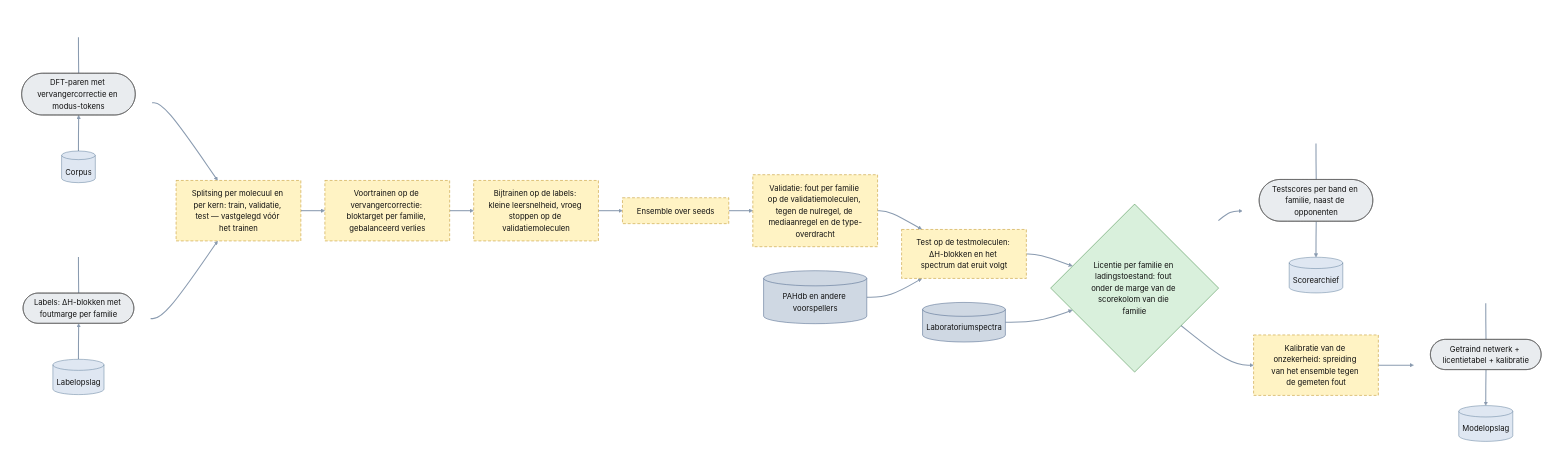
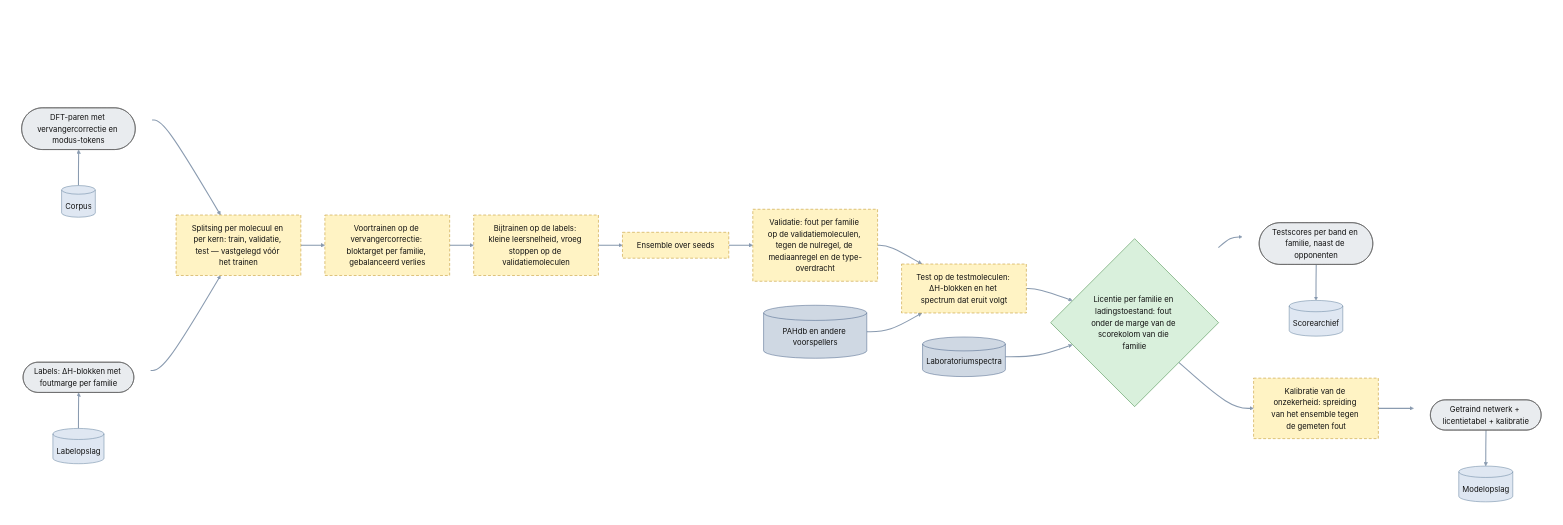
One commit to thebreadishard/udacity-capstone-plan changed the diagram in plans/05_delta-probed-ir-pipeline/GoalGathering/architecture/20_training_validatie_test.mmd. Above: the diagram before and after it, drawn with Mermaid (forest theme). The commit also changed 5 other files, not shown here.

Commit message:
Plan 05 architecture: taller invisible spacers with index-styled invisible links (no ~~~), data objects aligned with the neighbouring step in a local Mermaid 11 render; preview page for self-checking before commits

```diff
--- a/plans/05_delta-probed-ir-pipeline/GoalGathering/architecture/20_training_validatie_test.mmd
+++ b/plans/05_delta-probed-ir-pipeline/GoalGathering/architecture/20_training_validatie_test.mmd
@@ -1,68 +1,74 @@
 %% Training, validatie en test (niveau 3): uit corpus en labels komt een getraind netwerk met een licentietabel. Nog niet begonnen.
 %% Rechthoek = processtap; ronde uiteinden = data-object; cilinder = opslag (onder het data-object); ruit = poort. Gestippeld = nog niet gebouwd.
 flowchart LR
   linkStyle default stroke:#8a9bb0,stroke-width:2.2px
   classDef planned stroke-dasharray: 6 4,stroke:#b8860b,fill:#fff3c4,color:#111
   classDef data fill:#e9ecef,stroke:#555,color:#111
   classDef gate fill:#d9f0dc,stroke:#2e7d32,color:#111
   classDef store fill:#dfe7f2,stroke:#5b7a99,color:#111
   classDef ext fill:#cfd8e3,stroke:#3d5a80,color:#111
 
   subgraph IN1 [" "]
     direction BT
     PROXY(["DFT-paren met vervangercorrectie en modus-tokens"]):::data
     CORPUS[("Corpus")]:::store
     CORPUS --> PROXY
-    SP0[" "]
-    PROXY ~~~ SP0
+    SP0["&nbsp;<br/>&nbsp;<br/>&nbsp;"]
   end
-  style SP0 fill:none,stroke:none,color:transparent
   subgraph IN2 [" "]
     direction BT
     LAB(["Labels: ΔH-blokken met foutmarge per familie"]):::data
     LABELS[("Labelopslag")]:::store
     LABELS --> LAB
-    SP1[" "]
-    LAB ~~~ SP1
+    SP1["&nbsp;<br/>&nbsp;<br/>&nbsp;"]
   end
-  style SP1 fill:none,stroke:none,color:transparent
   SPLIT["Splitsing per molecuul en per kern: train, validatie, test — vastgelegd vóór het trainen"]:::planned
   PRE["Voortrainen op de vervangercorrectie: bloktarget per familie, gebalanceerd verlies"]:::planned
   FT["Bijtrainen op de labels: kleine leersnelheid, vroeg stoppen op de validatiemoleculen"]:::planned
   ENS["Ensemble over seeds"]:::planned
   VAL["Validatie: fout per familie op de validatiemoleculen, tegen de nulregel, de mediaanregel en de type-overdracht"]:::planned
   TEST["Test op de testmoleculen: ΔH-blokken en het spectrum dat eruit volgt"]:::planned
   LABDB[("Laboratoriumspectra")]:::ext
   PAHDB[("PAHdb en andere voorspellers")]:::ext
   SCORE{"Licentie per familie en ladingstoestand: fout onder de marge van de scorekolom van die familie"}:::gate
   CAL["Kalibratie van de onzekerheid: spreiding van het ensemble tegen de gemeten fout"]:::planned
   subgraph OUT [" "]
     direction TB
     MODEL(["Getraind netwerk + licentietabel + kalibratie"]):::data
     MODELS[("Modelopslag")]:::store
     MODEL --> MODELS
-    SP2[" "]
-    SP2 ~~~ MODEL
+    SP2["&nbsp;<br/>&nbsp;<br/>&nbsp;"]
   end
-  style SP2 fill:none,stroke:none,color:transparent
   subgraph OUT2 [" "]
     direction TB
     RES(["Testscores per band en familie, naast de opponenten"]):::data
     RESS[("Scorearchief")]:::store
     RES --> RESS
-    SP3[" "]
-    SP3 ~~~ RES
+    SP3["&nbsp;<br/>&nbsp;<br/>&nbsp;"]
   end
-  style SP3 fill:none,stroke:none,color:transparent
   style IN1 fill:none,stroke:none
   style IN2 fill:none,stroke:none
   style OUT fill:none,stroke:none
   style OUT2 fill:none,stroke:none
 
   IN1 --> SPLIT
   IN2 --> SPLIT
   SPLIT --> PRE --> FT --> ENS --> VAL --> TEST --> SCORE
   LABDB --> SCORE
   PAHDB --> TEST
   SCORE --> OUT2
   SCORE --> CAL --> OUT
+
+  %% onzichtbare vulknopen boven de data-objecten (uitlijning met de naaste stap); hun verbindingen zijn weggestyled
+  PROXY --- SP0
+  LAB --- SP1
+  SP2 --- MODEL
+  SP3 --- RES
+  linkStyle 17 stroke:none,stroke-width:0px
+  linkStyle 18 stroke:none,stroke-width:0px
+  linkStyle 19 stroke:none,stroke-width:0px
+  linkStyle 20 stroke:none,stroke-width:0px
+  style SP0 fill:none,stroke:none,color:transparent
+  style SP1 fill:none,stroke:none,color:transparent
+  style SP2 fill:none,stroke:none,color:transparent
+  style SP3 fill:none,stroke:none,color:transparent
```
